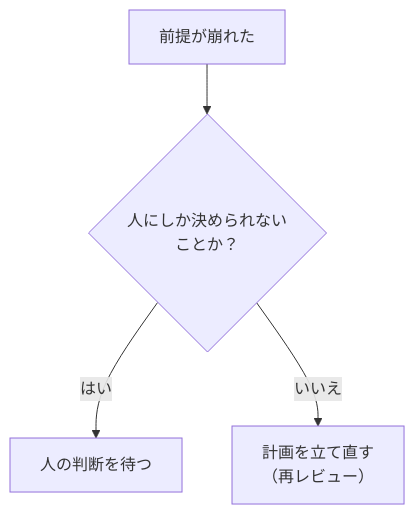
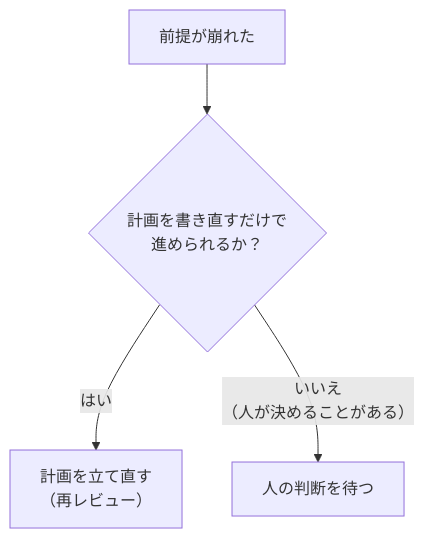
Before and after one commit to s977043/my-blog: the diagram in books/plangate-guide/06_boundaries-and-stops.md, drawn with Mermaid. The commit also changed other lines of this file and 2 other files, not shown here.

Commit message:
fix(book): 編集ループ3の仕上げ（止まる条件の分岐、TASK-0874 の精度、条件付き承認の説明）

````diff
--- a/books/plangate-guide/06_boundaries-and-stops.md
+++ b/books/plangate-guide/06_boundaries-and-stops.md
@@ -37,6 +37,6 @@
 ```mermaid
 flowchart TD
-    A["前提が崩れた"] --> B{"人にしか決められない<br/>ことか？"}
-    B -->|"はい"| D["人の判断を待つ"]
-    B -->|"いいえ"| C["計画を立て直す<br/>（再レビュー）"]
+    A["前提が崩れた"] --> B{"計画を書き直すだけで<br/>進められるか？"}
+    B -->|"はい"| C["計画を立て直す<br/>（再レビュー）"]
+    B -->|"いいえ<br/>（人が決めることがある）"| D["人の判断を待つ"]
 ```
````
